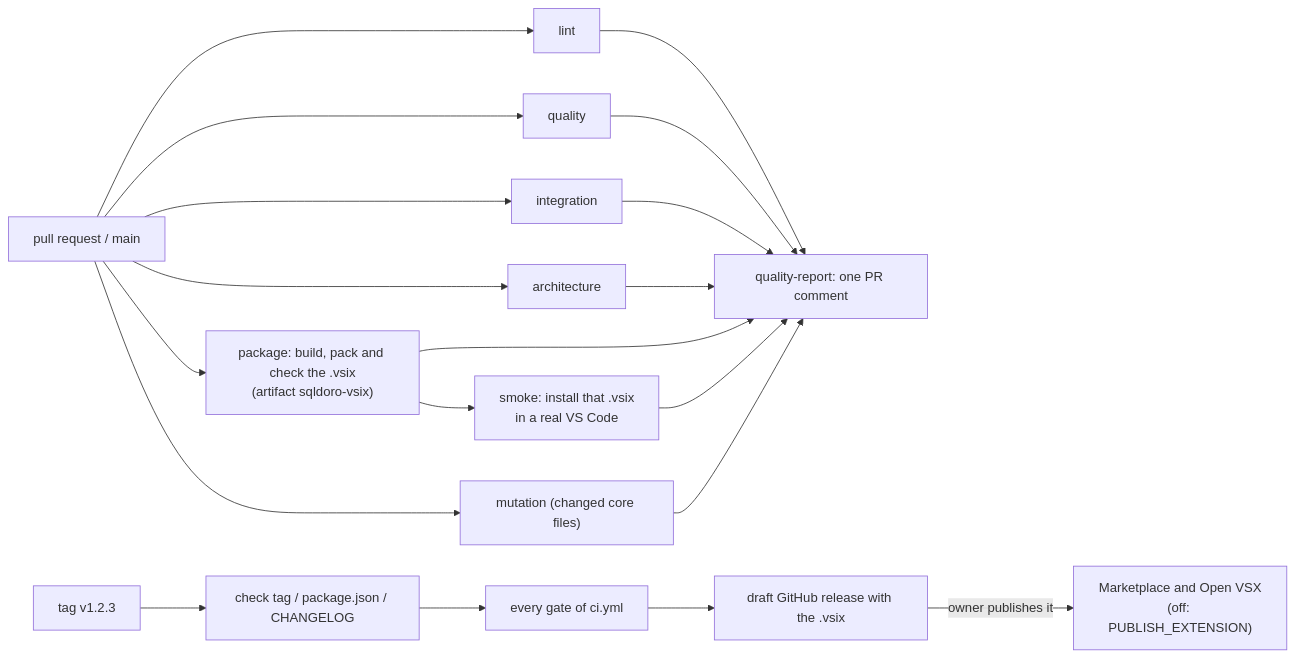
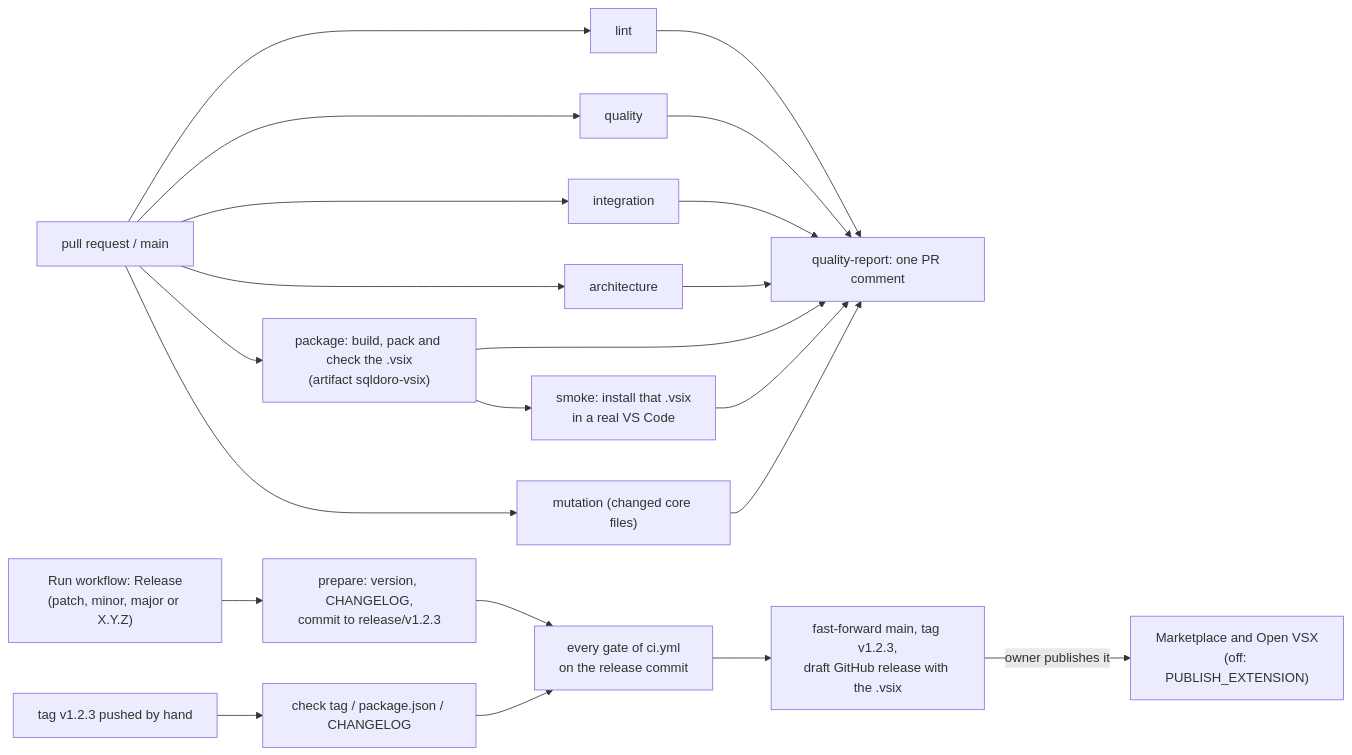
One commit to mathmed/sqldoro changed the fifth of 5 diagrams in docs/ARCHITECTURE.md. Above: the diagram before and after it, drawn with Mermaid. The commit also changed 22 other files, not shown here.

First line of the commit message:
ci: release from a manually run workflow (prepare, gates, land, tag, draft) (#28)

````diff
--- a/docs/ARCHITECTURE.md
+++ b/docs/ARCHITECTURE.md
@@ -223,9 +223,10 @@
 ```mermaid
 flowchart LR
   pr["pull request / main"] --> lint & quality & integration & architecture & package
   package["package: build, pack and check the .vsix<br/>(artifact sqldoro-vsix)"] --> smoke["smoke: install that .vsix<br/>in a real VS Code"]
   pr --> mutation["mutation (changed core files)"]
   lint & quality & integration & architecture & package & smoke & mutation --> report["quality-report: one PR comment"]
-  tag["tag v1.2.3"] --> check["check tag / package.json / CHANGELOG"] --> gates["every gate of ci.yml"] --> draft["draft GitHub release with the .vsix"]
+  run["Run workflow: Release<br/>(patch, minor, major or X.Y.Z)"] --> prepare["prepare: version, CHANGELOG,<br/>commit to release/v1.2.3"] --> gates["every gate of ci.yml<br/>on the release commit"] --> draft["fast-forward main, tag v1.2.3,<br/>draft GitHub release with the .vsix"]
+  tag["tag v1.2.3 pushed by hand"] --> check["check tag / package.json / CHANGELOG"] --> gates
   draft -->|"owner publishes it"| publish["Marketplace and Open VSX<br/>(off: PUBLISH_EXTENSION)"]
 ```
````
